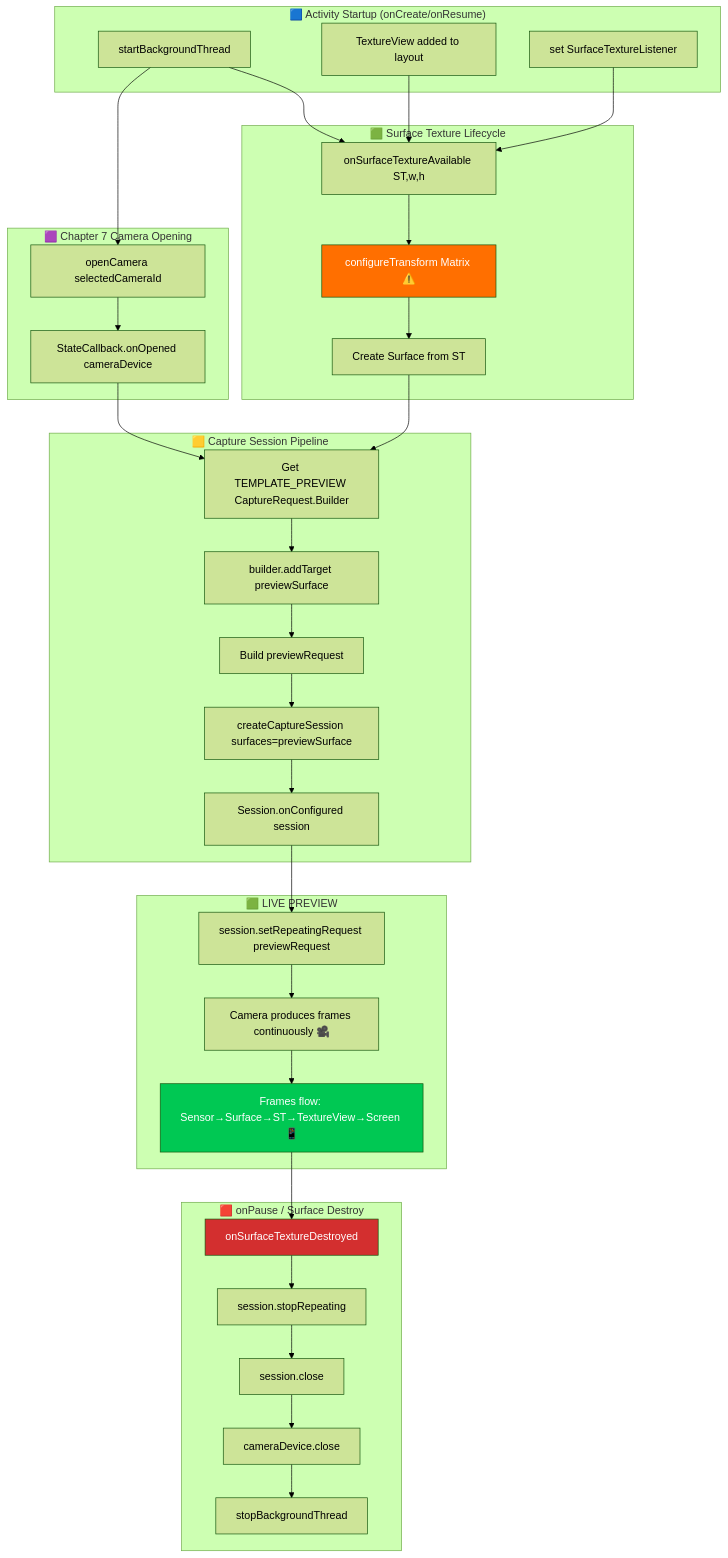
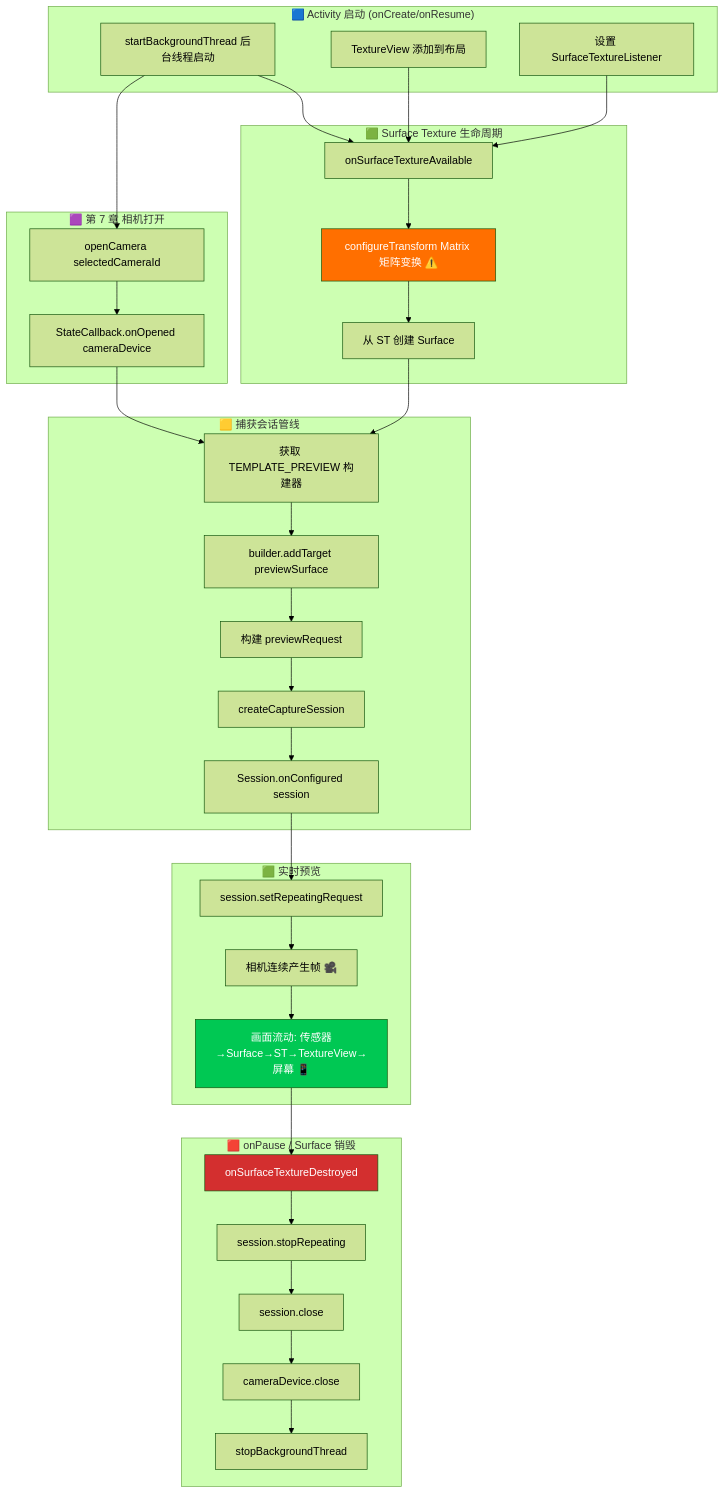
Before and after one commit to zoozooll/AndroidCameraParameters: the diagram in website/i18n/zh-Hans/docusaurus-plugin-content-docs/current/camera2/showing-camera-preview.md, drawn with Mermaid (forest theme). The commit also changed other lines of this file and 378 other files, not shown here.

````diff
--- a/website/i18n/zh-Hans/docusaurus-plugin-content-docs/current/camera2/showing-camera-preview.md
+++ b/website/i18n/zh-Hans/docusaurus-plugin-content-docs/current/camera2/showing-camera-preview.md
@@ -78,64 +78,64 @@
 ```mermaid
 flowchart TD
-    subgraph ActivityStart["🟦 Activity Startup (onCreate/onResume)"]
-        A1[startBackgroundThread]
-        A2[TextureView added to layout]
-        A3[set SurfaceTextureListener]
+    subgraph ActivityStart["🟦 Activity 启动 (onCreate/onResume)"]
+        A1[startBackgroundThread 后台线程启动]
+        A2[TextureView 添加到布局]
+        A3[设置 SurfaceTextureListener]
     end
 
-    subgraph SurfaceReady["🟩 Surface Texture Lifecycle"]
-        B1[onSurfaceTextureAvailable ST,w,h]
-        B2[configureTransform Matrix ⚠️]
-        B3[Create Surface from ST]
+    subgraph SurfaceReady["🟩 Surface Texture 生命周期"]
+        B1[onSurfaceTextureAvailable]
+        B2[configureTransform Matrix 矩阵变换 ⚠️]
+        B3[从 ST 创建 Surface]
     end
 
-    subgraph CameraOpen["🟪 Chapter 7 Camera Opening"]
+    subgraph CameraOpen["🟪 第 7 章 相机打开"]
         C1[openCamera selectedCameraId]
         C2[StateCallback.onOpened cameraDevice]
     end
 
-    subgraph SessionCreation["🟨 Capture Session Pipeline"]
-        D1[Get TEMPLATE_PREVIEW CaptureRequest.Builder]
+    subgraph SessionCreation["🟨 捕获会话管线"]
+        D1[获取 TEMPLATE_PREVIEW 构建器]
         D2[builder.addTarget previewSurface]
-        D3[Build previewRequest]
-        D4[createCaptureSession surfaces=previewSurface]
+        D3[构建 previewRequest]
+        D4[createCaptureSession]
         D5[Session.onConfigured session]
     end
 
-    subgraph PreviewStreaming["🟩 LIVE PREVIEW"]
-        E1[session.setRepeatingRequest previewRequest]
-        E2[Camera produces frames continuously 🎥]
-        E3[Frames flow: Sensor→Surface→ST→TextureView→Screen 📱]
+    subgraph PreviewStreaming["🟩 实时预览"]
+        E1[session.setRepeatingRequest]
+        E2[相机连续产生帧 🎥]
+        E3[画面流动: 传感器→Surface→ST→TextureView→屏幕 📱]
     end
 
-    subgraph Teardown["🟥 onPause / Surface Destroy"]
+    subgraph Teardown["🟥 onPause / Surface 销毁"]
         F1[onSurfaceTextureDestroyed]
         F2[session.stopRepeating]
         F3[session.close]
         F4[cameraDevice.close]
         F5[stopBackgroundThread]
     end
 
     A1 & A2 & A3 --> B1
     B1 --> B2
     B2 --> B3
     A1 --> C1
     C1 --> C2
     B3 & C2 --> D1
     D1 --> D2
     D2 --> D3
     D3 --> D4
     D4 --> D5
     D5 --> E1
     E1 --> E2
     E2 --> E3
     E3 --> F1
     F1 --> F2
     F2 --> F3
     F3 --> F4
     F4 --> F5
 
     style B2 fill:#ff6f00,color:#fff
     style E3 fill:#00c853,color:#fff
     style F1 fill:#d32f2f,color:#fff
 ```
````
